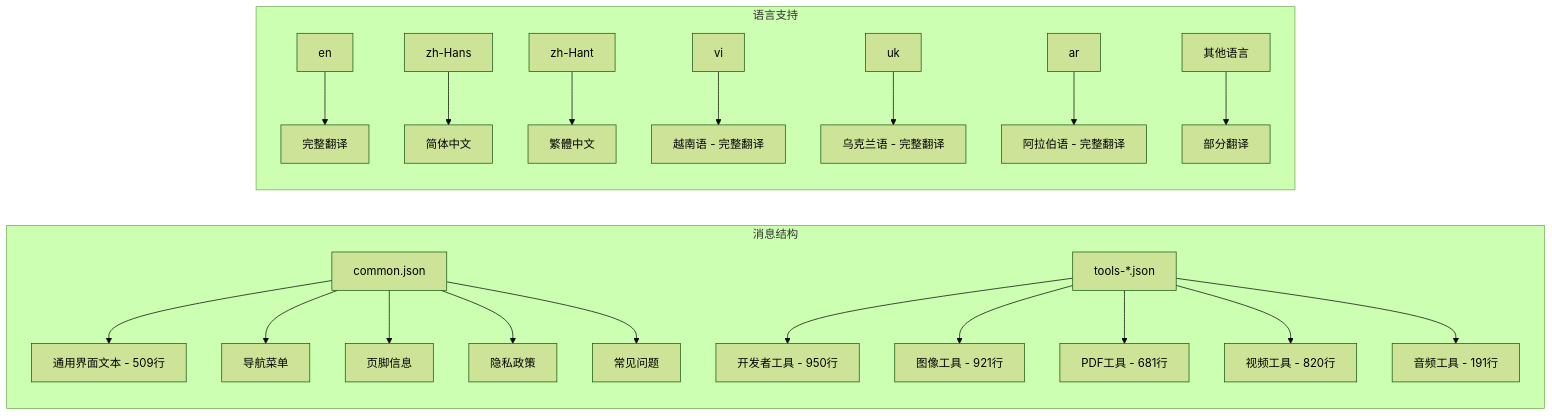
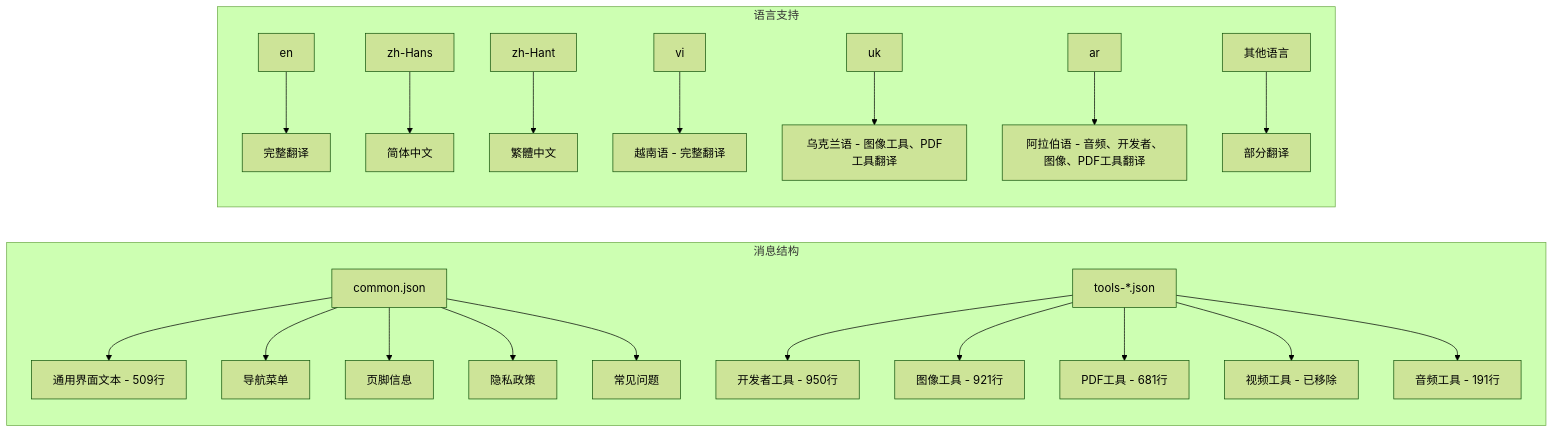
Before and after one commit to sgyy/privadeck: the fifth of 13 diagrams in .qoder/repowiki/zh/content/技术架构/国际化系统.md, drawn with Mermaid (forest theme). The commit also changed other lines of this file and 3 other files, not shown here.

````diff
--- a/.qoder/repowiki/zh/content/技术架构/国际化系统.md
+++ b/.qoder/repowiki/zh/content/技术架构/国际化系统.md
@@ -366,24 +357,24 @@
 ```mermaid
 graph LR
 subgraph "消息结构"
 A[common.json] --> A1[通用界面文本 - 509行]
 A --> A2[导航菜单]
 A --> A3[页脚信息]
 A --> A4[隐私政策]
 A --> A5[常见问题]
 B[tools-*.json] --> B1[开发者工具 - 950行]
 B --> B2[图像工具 - 921行]
 B --> B3[PDF工具 - 681行]
-B --> B4[视频工具 - 820行]
+B --> B4[视频工具 - 已移除]
 B --> B5[音频工具 - 191行]
 end
 subgraph "语言支持"
 C[en] --> C1[完整翻译]
 D[zh-Hans] --> D1[简体中文]
 E[zh-Hant] --> E1[繁體中文]
 F[vi] --> F1[越南语 - 完整翻译]
-G[uk] --> G1[乌克兰语 - 完整翻译]
-H[ar] --> H1[阿拉伯语 - 完整翻译]
+G[uk] --> G1[乌克兰语 - 图像工具、PDF工具翻译]
+H[ar] --> H1[阿拉伯语 - 音频、开发者、图像、PDF工具翻译]
 I[其他语言] --> I1[部分翻译]
 end
 ```
````
